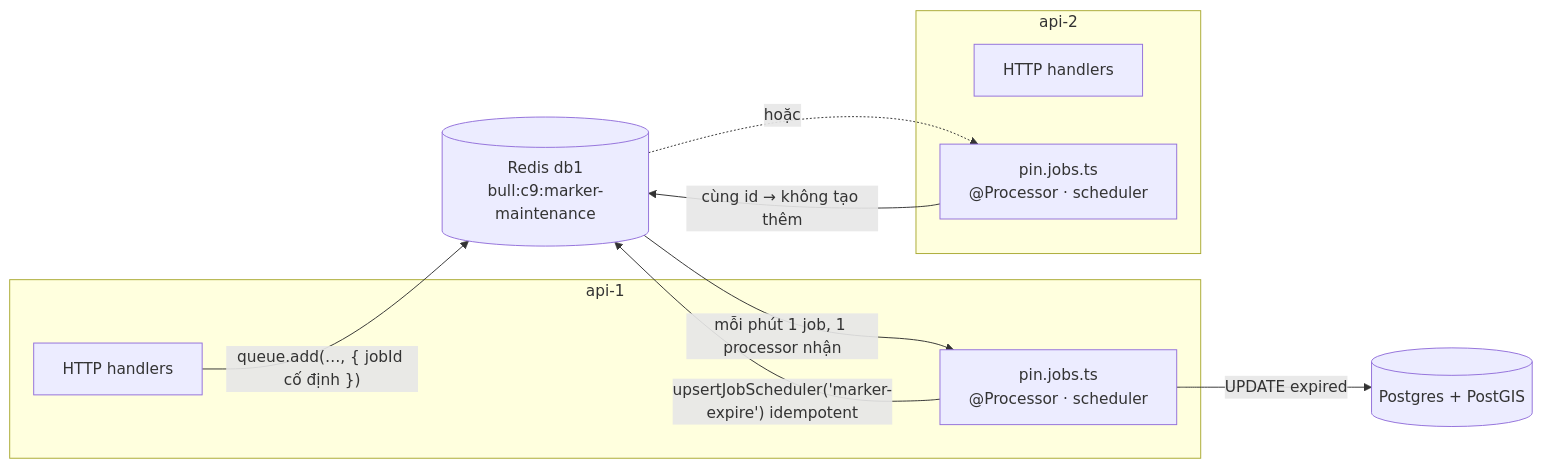
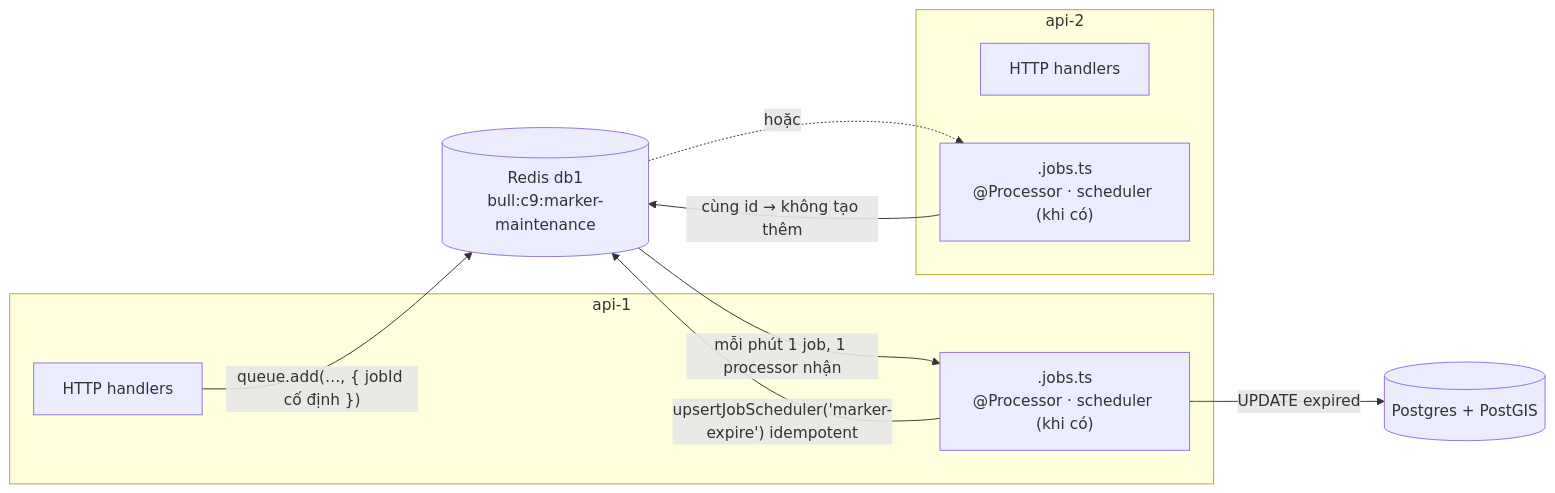
One commit to JasonEastar/nest-structure changed the fourth of 6 diagrams in docs/project-structure-and-flows.md. Above: the diagram before and after it, drawn with Mermaid. The commit also changed other lines of this file and 13 other files, not shown here.

````diff
--- a/docs/project-structure-and-flows.md
+++ b/docs/project-structure-and-flows.md
@@ -179,19 +176,19 @@
 ```mermaid
 flowchart LR
   subgraph api1 ["api-1"]
     H1["HTTP handlers"]
-    J1["pin.jobs.ts<br/>@Processor · scheduler"]
+    J1["<x>.jobs.ts<br/>@Processor · scheduler (khi có)"]
   end
   subgraph api2 ["api-2"]
     H2["HTTP handlers"]
-    J2["pin.jobs.ts<br/>@Processor · scheduler"]
+    J2["<x>.jobs.ts<br/>@Processor · scheduler (khi có)"]
   end
   Q[("Redis db1<br/>bull:c9:marker-maintenance")]
   DB[("Postgres + PostGIS")]
   J1 -- "upsertJobScheduler('marker-expire') idempotent" --> Q
   J2 -- "cùng id → không tạo thêm" --> Q
   Q -- "mỗi phút 1 job, 1 processor nhận" --> J1
   Q -. "hoặc" .-> J2
   J1 -- "UPDATE expired" --> DB
   H1 -- "queue.add(…, { jobId cố định })" --> Q
 ```
````
